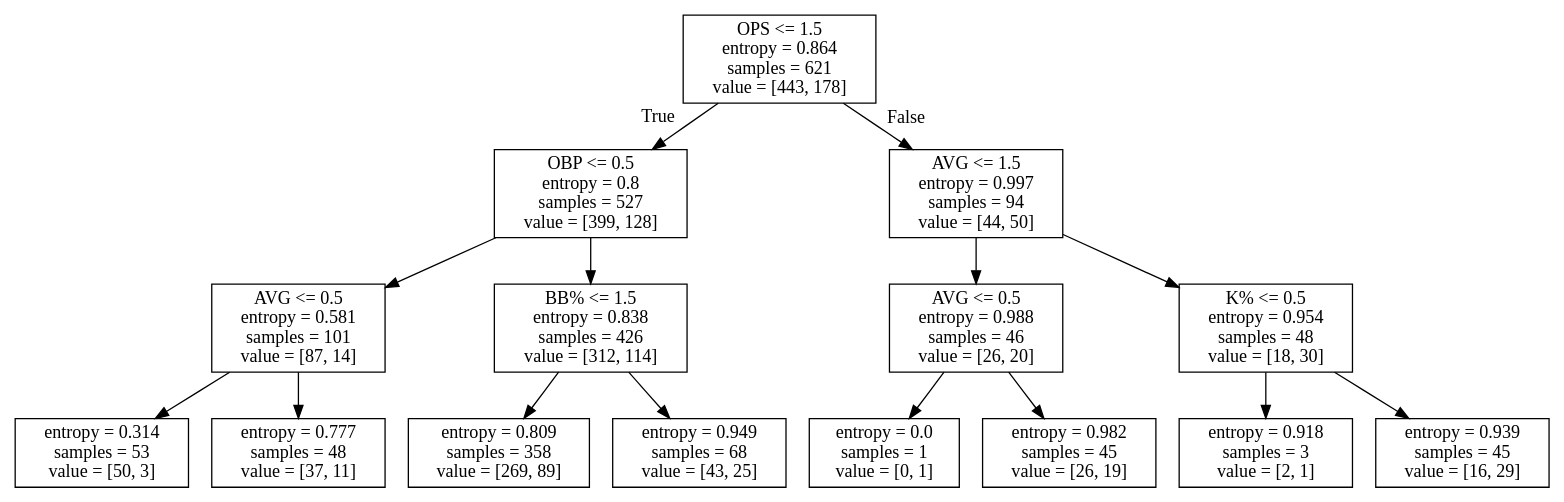
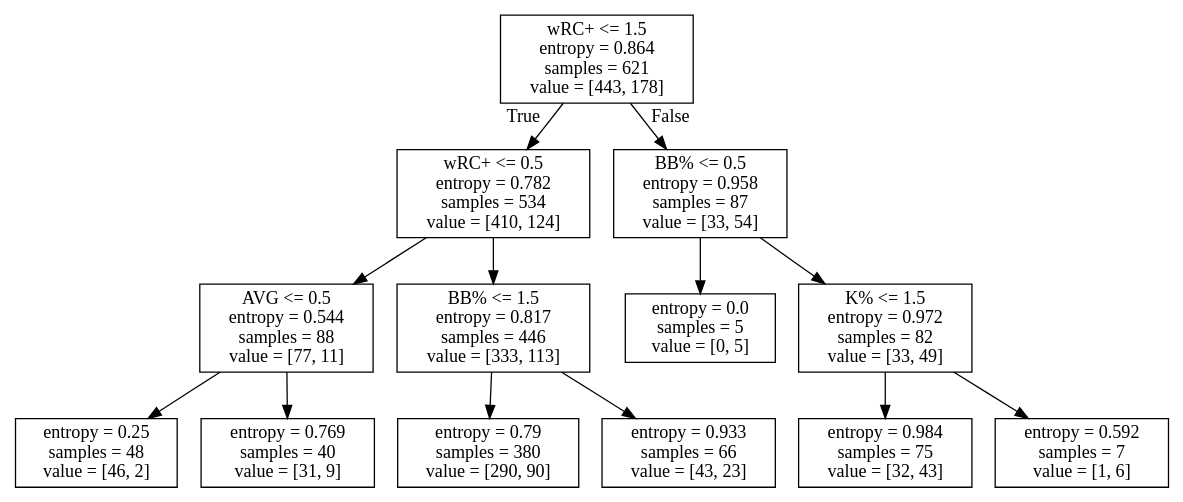
Before and after one commit to alexbrizius/ds_project: the diagram in AAA_results/AAA_entropy.dot, drawn with Graphviz. The commit also changed 32 other files, not shown here.

Commit message:
1.) Added BABIP, wRC+ columns to data analysis 2.) Added SVM 3.) Improved graph generation

```diff
--- a/AAA_results/AAA_entropy.dot
+++ b/AAA_results/AAA_entropy.dot
@@ -1,32 +1,28 @@
 digraph Tree {
 node [shape=box] ;
-0 [label="OPS <= 1.5\nentropy = 0.864\nsamples = 621\nvalue = [443, 178]"] ;
-1 [label="OBP <= 0.5\nentropy = 0.8\nsamples = 527\nvalue = [399, 128]"] ;
+0 [label="wRC+ <= 1.5\nentropy = 0.864\nsamples = 621\nvalue = [443, 178]"] ;
+1 [label="wRC+ <= 0.5\nentropy = 0.782\nsamples = 534\nvalue = [410, 124]"] ;
 0 -> 1 [labeldistance=2.5, labelangle=45, headlabel="True"] ;
-2 [label="AVG <= 0.5\nentropy = 0.581\nsamples = 101\nvalue = [87, 14]"] ;
+2 [label="AVG <= 0.5\nentropy = 0.544\nsamples = 88\nvalue = [77, 11]"] ;
 1 -> 2 ;
-3 [label="entropy = 0.314\nsamples = 53\nvalue = [50, 3]"] ;
+3 [label="entropy = 0.25\nsamples = 48\nvalue = [46, 2]"] ;
 2 -> 3 ;
-4 [label="entropy = 0.777\nsamples = 48\nvalue = [37, 11]"] ;
+4 [label="entropy = 0.769\nsamples = 40\nvalue = [31, 9]"] ;
 2 -> 4 ;
-5 [label="BB% <= 1.5\nentropy = 0.838\nsamples = 426\nvalue = [312, 114]"] ;
+5 [label="BB% <= 1.5\nentropy = 0.817\nsamples = 446\nvalue = [333, 113]"] ;
 1 -> 5 ;
-6 [label="entropy = 0.809\nsamples = 358\nvalue = [269, 89]"] ;
+6 [label="entropy = 0.79\nsamples = 380\nvalue = [290, 90]"] ;
 5 -> 6 ;
-7 [label="entropy = 0.949\nsamples = 68\nvalue = [43, 25]"] ;
+7 [label="entropy = 0.933\nsamples = 66\nvalue = [43, 23]"] ;
 5 -> 7 ;
-8 [label="AVG <= 1.5\nentropy = 0.997\nsamples = 94\nvalue = [44, 50]"] ;
+8 [label="BB% <= 0.5\nentropy = 0.958\nsamples = 87\nvalue = [33, 54]"] ;
 0 -> 8 [labeldistance=2.5, labelangle=-45, headlabel="False"] ;
-9 [label="AVG <= 0.5\nentropy = 0.988\nsamples = 46\nvalue = [26, 20]"] ;
+9 [label="entropy = 0.0\nsamples = 5\nvalue = [0, 5]"] ;
 8 -> 9 ;
-10 [label="entropy = 0.0\nsamples = 1\nvalue = [0, 1]"] ;
-9 -> 10 ;
-11 [label="entropy = 0.982\nsamples = 45\nvalue = [26, 19]"] ;
-9 -> 11 ;
-12 [label="K% <= 0.5\nentropy = 0.954\nsamples = 48\nvalue = [18, 30]"] ;
-8 -> 12 ;
-13 [label="entropy = 0.918\nsamples = 3\nvalue = [2, 1]"] ;
-12 -> 13 ;
-14 [label="entropy = 0.939\nsamples = 45\nvalue = [16, 29]"] ;
-12 -> 14 ;
+10 [label="K% <= 1.5\nentropy = 0.972\nsamples = 82\nvalue = [33, 49]"] ;
+8 -> 10 ;
+11 [label="entropy = 0.984\nsamples = 75\nvalue = [32, 43]"] ;
+10 -> 11 ;
+12 [label="entropy = 0.592\nsamples = 7\nvalue = [1, 6]"] ;
+10 -> 12 ;
 }
```
